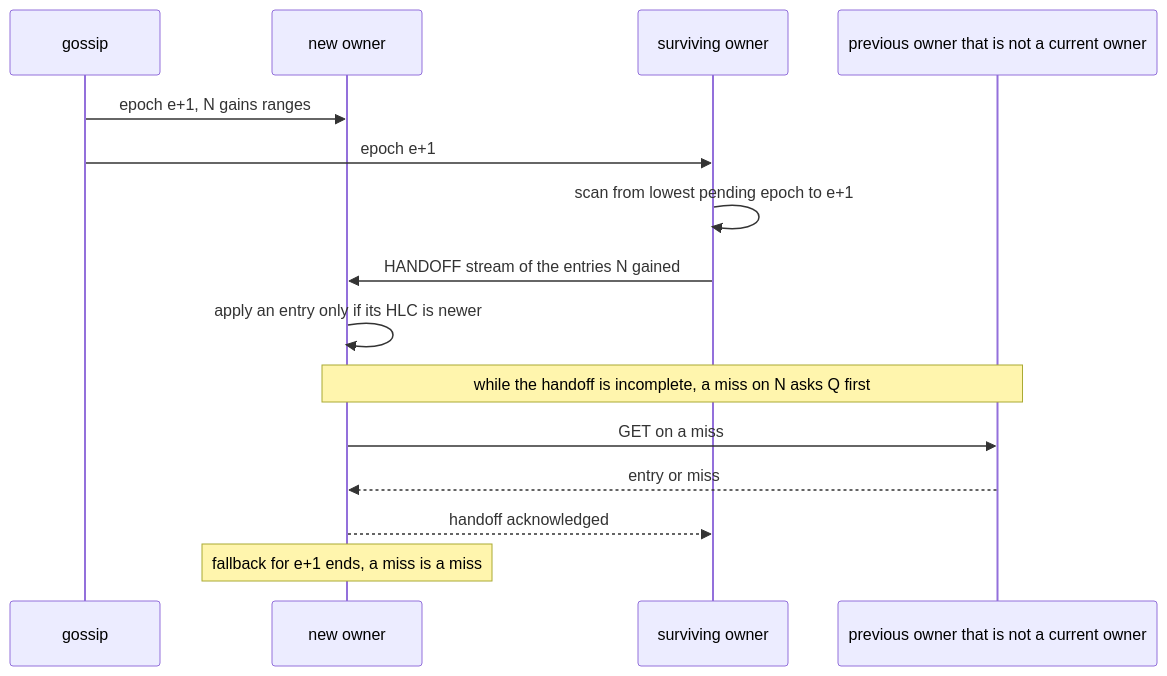
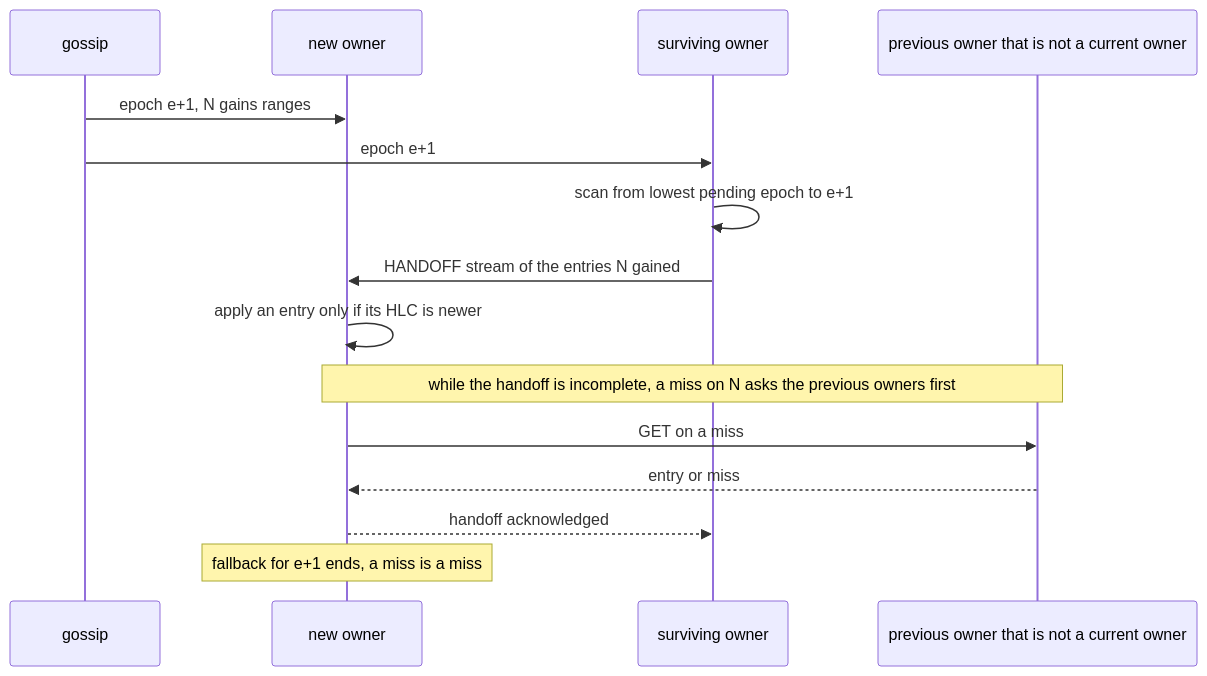
One commit to RonaldPhilipsen/Discus changed the second of 13 diagrams in docs/design.md. Above: the diagram before and after it, drawn with Mermaid. The commit also changed other lines of this file and 19 other files, not shown here.

````diff
--- a/docs/design.md
+++ b/docs/design.md
@@ -284,17 +289,17 @@
 ```mermaid
 sequenceDiagram
     participant G as gossip
     participant N as new owner
     participant O as surviving owner
     participant Q as previous owner that is not a current owner
     G->>N: epoch e+1, N gains ranges
     G->>O: epoch e+1
     O->>O: scan from lowest pending epoch to e+1
     O->>N: HANDOFF stream of the entries N gained
     N->>N: apply an entry only if its HLC is newer
-    Note over N,Q: while the handoff is incomplete, a miss on N asks Q first
+    Note over N,Q: while the handoff is incomplete, a miss on N asks the previous owners first
     N->>Q: GET on a miss
     Q-->>N: entry or miss
     N-->>O: handoff acknowledged
     Note over N: fallback for e+1 ends, a miss is a miss
 ```
````
